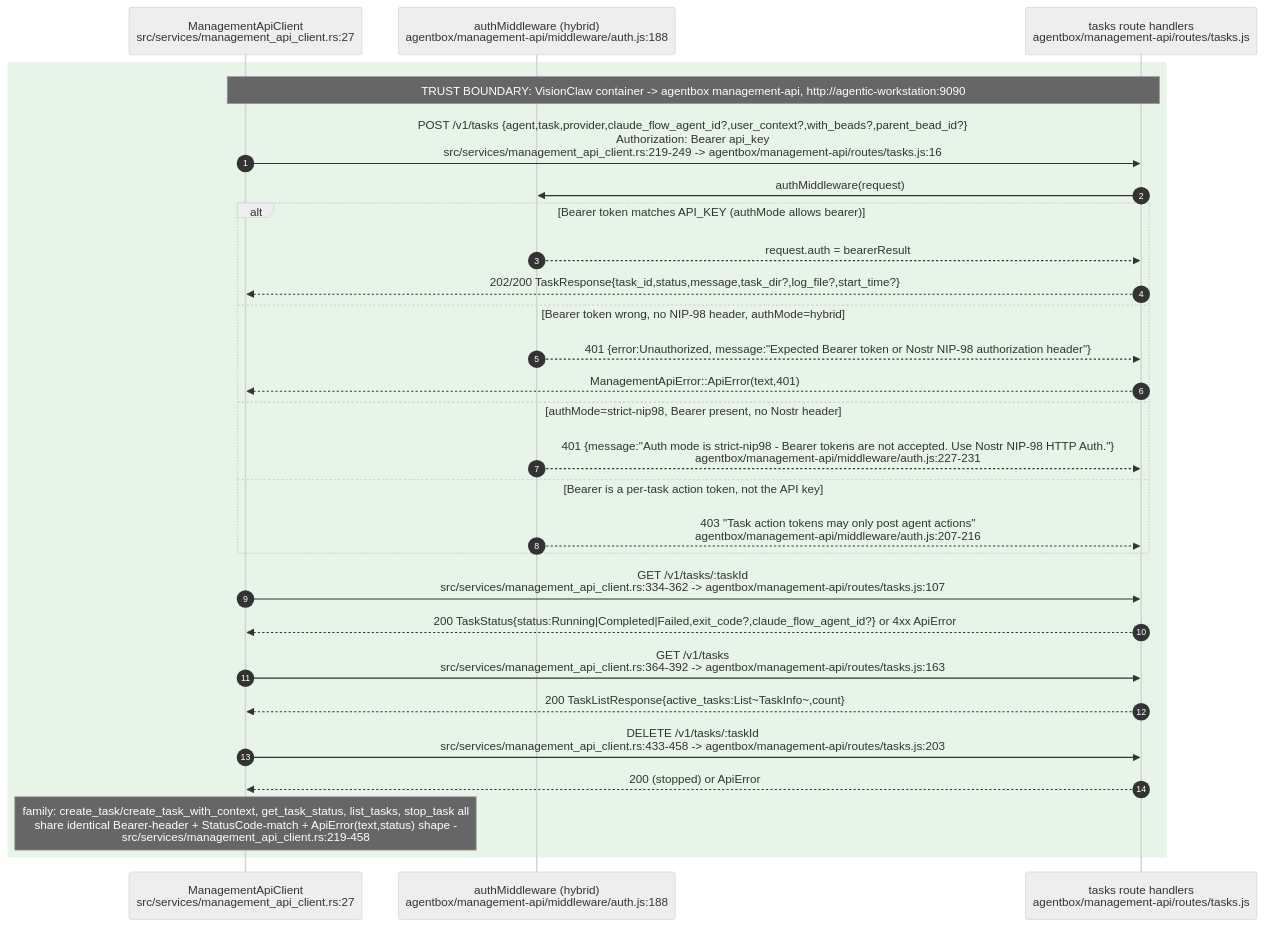
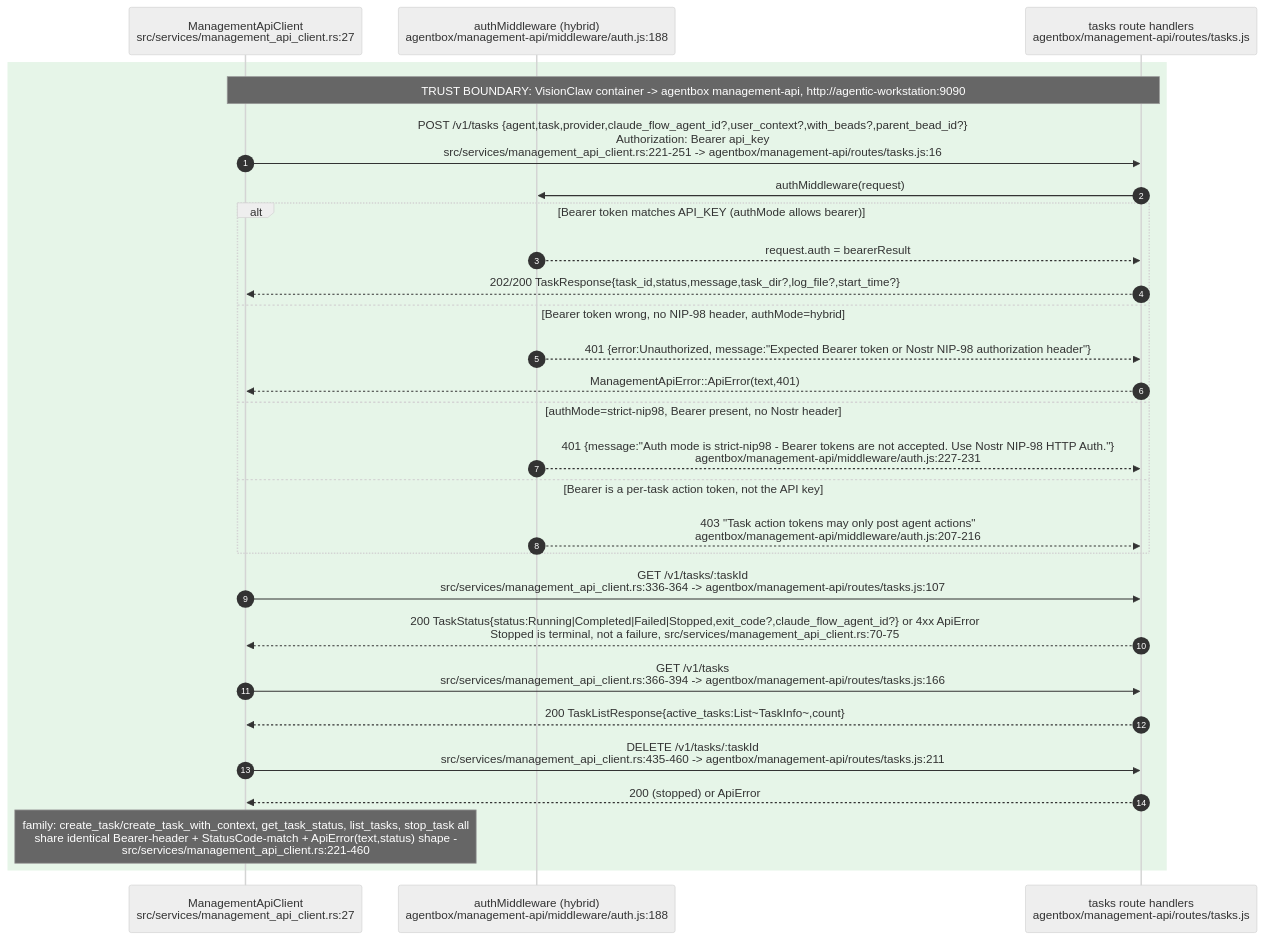
The tenth of 12 diagrams in docs/diagrams/estate/02-agent-events-agentbox-to-visionclaw.md (DreamLab-AI/VisionFlow), drawn with Mermaid (neutral theme) before and after one commit. The commit also changed other lines of this file and 6 other files, not shown here.

````diff
--- a/docs/diagrams/estate/02-agent-events-agentbox-to-visionclaw.md
+++ b/docs/diagrams/estate/02-agent-events-agentbox-to-visionclaw.md
@@ -478,31 +479,31 @@
 ```mermaid
 sequenceDiagram
     autonumber
     participant VC as ManagementApiClient<br/>src/services/management_api_client.rs:27
     participant AUTH as authMiddleware (hybrid)<br/>agentbox/management-api/middleware/auth.js:188
     participant TASKS as tasks route handlers<br/>agentbox/management-api/routes/tasks.js
 
     rect rgb(230,245,232)
     Note over VC,TASKS: TRUST BOUNDARY: VisionClaw container -> agentbox management-api, http://agentic-workstation:9090
-    VC->>TASKS: POST /v1/tasks {agent,task,provider,claude_flow_agent_id?,user_context?,with_beads?,parent_bead_id?}<br/>Authorization: Bearer api_key<br/>src/services/management_api_client.rs:219-249 -> agentbox/management-api/routes/tasks.js:16
+    VC->>TASKS: POST /v1/tasks {agent,task,provider,claude_flow_agent_id?,user_context?,with_beads?,parent_bead_id?}<br/>Authorization: Bearer api_key<br/>src/services/management_api_client.rs:221-251 -> agentbox/management-api/routes/tasks.js:16
     TASKS->>AUTH: authMiddleware(request)
     alt Bearer token matches API_KEY (authMode allows bearer)
         AUTH-->>TASKS: request.auth = bearerResult
         TASKS-->>VC: 202/200 TaskResponse{task_id,status,message,task_dir?,log_file?,start_time?}
     else Bearer token wrong, no NIP-98 header, authMode=hybrid
         AUTH-->>TASKS: 401 {error:Unauthorized, message:"Expected Bearer token or Nostr NIP-98 authorization header"}
         TASKS-->>VC: ManagementApiError::ApiError(text,401)
     else authMode=strict-nip98, Bearer present, no Nostr header
         AUTH-->>TASKS: 401 {message:"Auth mode is strict-nip98 - Bearer tokens are not accepted. Use Nostr NIP-98 HTTP Auth."}<br/>agentbox/management-api/middleware/auth.js:227-231
     else Bearer is a per-task action token, not the API key
         AUTH-->>TASKS: 403 "Task action tokens may only post agent actions"<br/>agentbox/management-api/middleware/auth.js:207-216
     end
-    VC->>TASKS: GET /v1/tasks/:taskId<br/>src/services/management_api_client.rs:334-362 -> agentbox/management-api/routes/tasks.js:107
-    TASKS-->>VC: 200 TaskStatus{status:Running|Completed|Failed,exit_code?,claude_flow_agent_id?} or 4xx ApiError
-    VC->>TASKS: GET /v1/tasks<br/>src/services/management_api_client.rs:364-392 -> agentbox/management-api/routes/tasks.js:163
+    VC->>TASKS: GET /v1/tasks/:taskId<br/>src/services/management_api_client.rs:336-364 -> agentbox/management-api/routes/tasks.js:107
+    TASKS-->>VC: 200 TaskStatus{status:Running|Completed|Failed|Stopped,exit_code?,claude_flow_agent_id?} or 4xx ApiError<br/>Stopped is terminal, not a failure, src/services/management_api_client.rs:70-75
+    VC->>TASKS: GET /v1/tasks<br/>src/services/management_api_client.rs:366-394 -> agentbox/management-api/routes/tasks.js:166
     TASKS-->>VC: 200 TaskListResponse{active_tasks:List~TaskInfo~,count}
-    VC->>TASKS: DELETE /v1/tasks/:taskId<br/>src/services/management_api_client.rs:433-458 -> agentbox/management-api/routes/tasks.js:203
+    VC->>TASKS: DELETE /v1/tasks/:taskId<br/>src/services/management_api_client.rs:435-460 -> agentbox/management-api/routes/tasks.js:211
     TASKS-->>VC: 200 (stopped) or ApiError
-    Note over VC: family: create_task/create_task_with_context, get_task_status, list_tasks, stop_task all<br/>share identical Bearer-header + StatusCode-match + ApiError(text,status) shape -<br/>src/services/management_api_client.rs:219-458
+    Note over VC: family: create_task/create_task_with_context, get_task_status, list_tasks, stop_task all<br/>share identical Bearer-header + StatusCode-match + ApiError(text,status) shape -<br/>src/services/management_api_client.rs:221-460
     end
 ```
````
